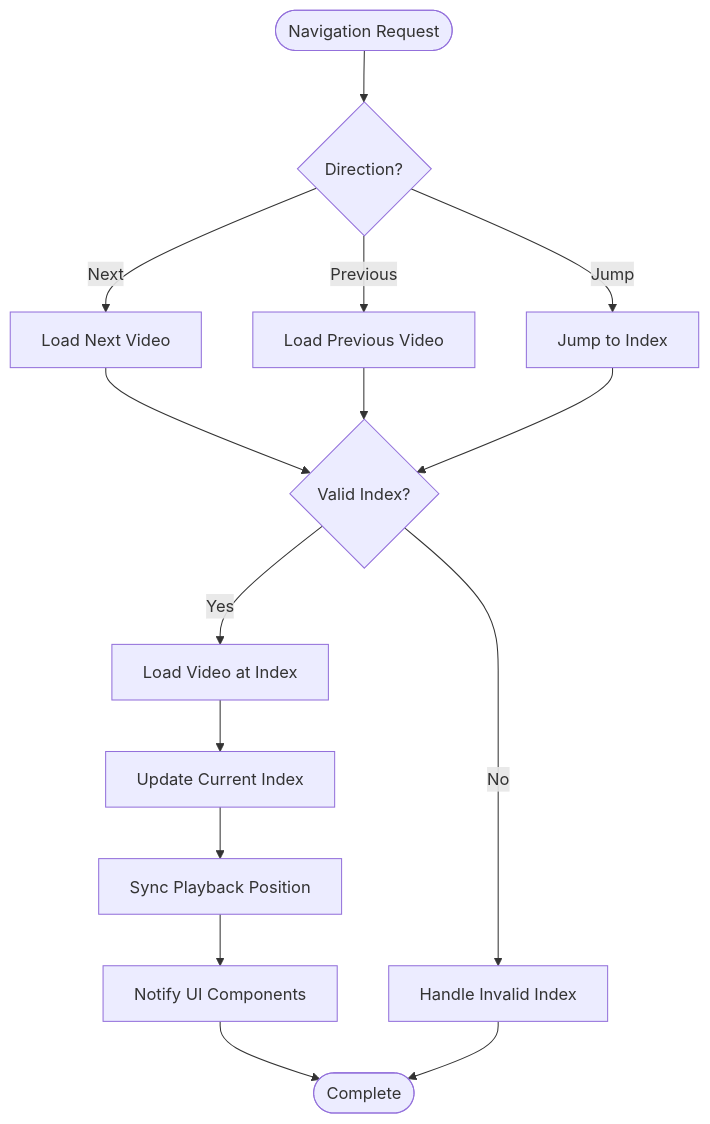
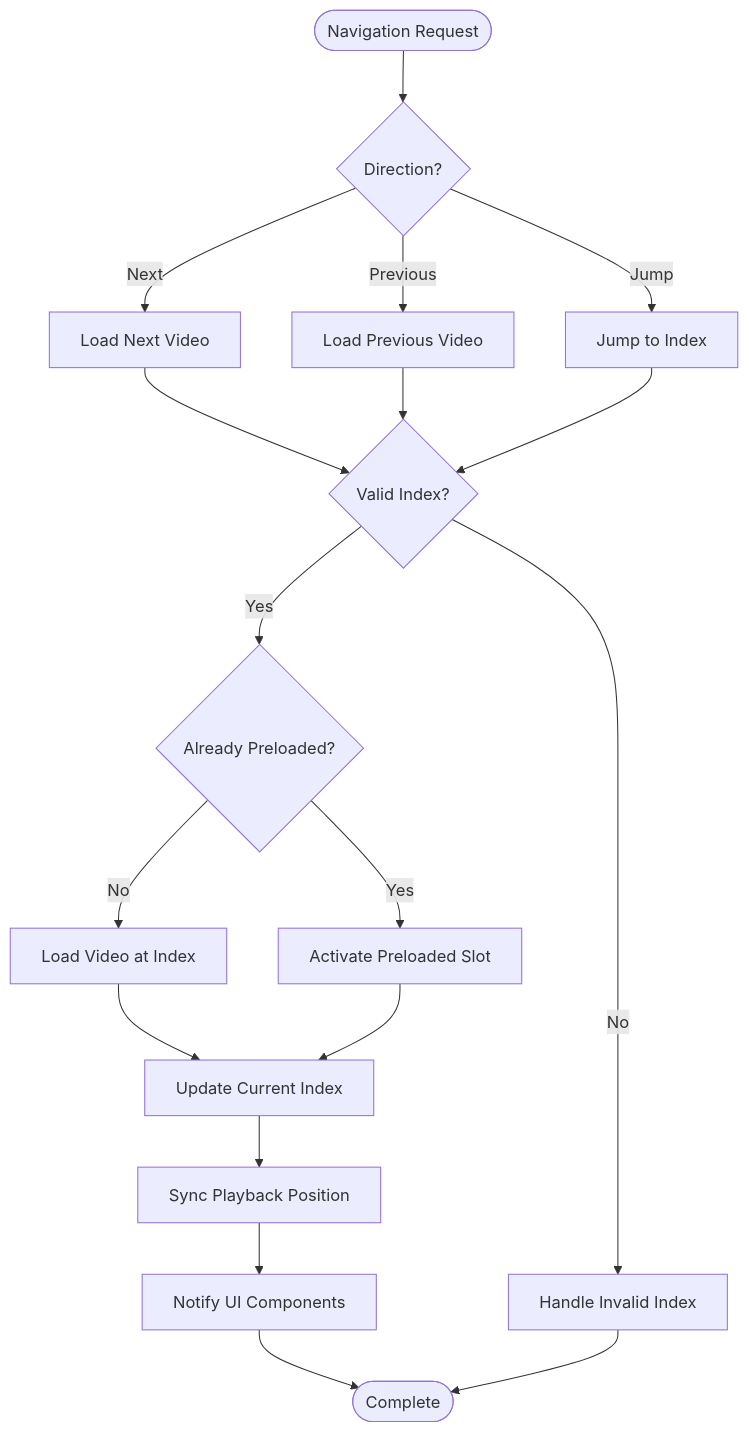
Before and after one commit to 156258852/video-rn: the fifth of 7 diagrams in .qoder/repowiki/en/content/State Management/Video Sequence State Management.md, drawn with Mermaid. The commit also changed other lines of this file and 5 other files, not shown here.

````diff
--- a/.qoder/repowiki/en/content/State Management/Video Sequence State Management.md
+++ b/.qoder/repowiki/en/content/State Management/Video Sequence State Management.md
@@ -208,17 +245,20 @@
 ```mermaid
 flowchart TD
 Start([Navigation Request]) --> CheckDirection{"Direction?"}
 CheckDirection --> |Next| NextVideo["Load Next Video"]
 CheckDirection --> |Previous| PrevVideo["Load Previous Video"]
 CheckDirection --> |Jump| JumpTo["Jump to Index"]
 NextVideo --> ValidateIndex{"Valid Index?"}
 PrevVideo --> ValidateIndex
 JumpTo --> ValidateIndex
-ValidateIndex --> |Yes| LoadVideo["Load Video at Index"]
+ValidateIndex --> |Yes| PreloadCheck{"Already Preloaded?"}
 ValidateIndex --> |No| HandleError["Handle Invalid Index"]
+PreloadCheck --> |Yes| ActivateSlot["Activate Preloaded Slot"]
+PreloadCheck --> |No| LoadVideo["Load Video at Index"]
 LoadVideo --> UpdateState["Update Current Index"]
+ActivateSlot --> UpdateState
 UpdateState --> SyncPosition["Sync Playback Position"]
 SyncPosition --> NotifyUI["Notify UI Components"]
 NotifyUI --> End([Complete])
 HandleError --> End
 ```
````
